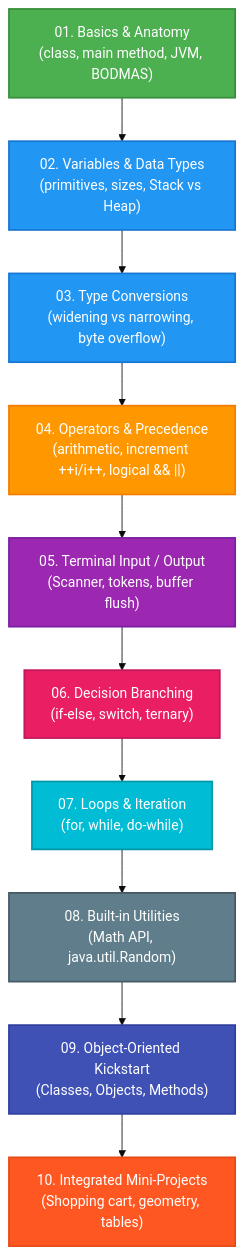
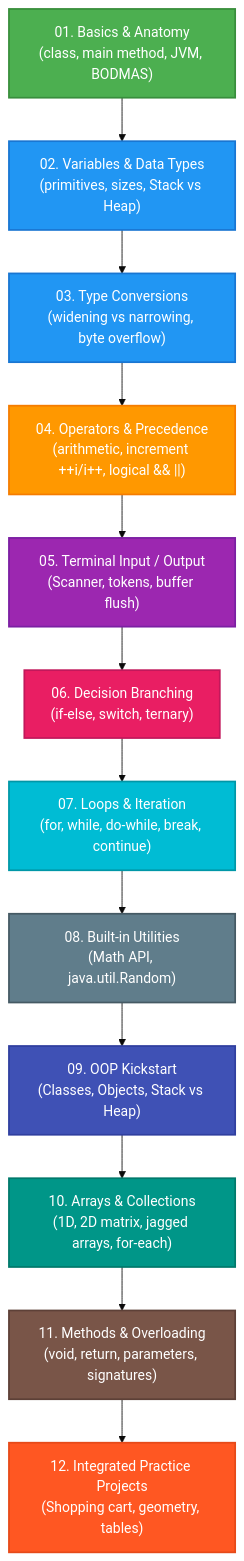
One commit to Mokshagnatej/Java-course changed the second of 4 diagrams in Readme.Md. Above: the diagram before and after it, drawn with Mermaid (base theme). The commit also changed other lines of this file and 15 other files, not shown here.

````diff
--- a/Readme.Md
+++ b/Readme.Md
@@ -74,23 +99,27 @@
 ```mermaid
 flowchart TD
     A["01. Basics & Anatomy\n(class, main method, JVM, BODMAS)"] --> B["02. Variables & Data Types\n(primitives, sizes, Stack vs Heap)"]
     B --> C["03. Type Conversions\n(widening vs narrowing, byte overflow)"]
     C --> D["04. Operators & Precedence\n(arithmetic, increment ++i/i++, logical && ||)"]
     D --> E["05. Terminal Input / Output\n(Scanner, tokens, buffer flush)"]
     E --> F["06. Decision Branching\n(if-else, switch, ternary)"]
-    F --> G["07. Loops & Iteration\n(for, while, do-while)"]
+    F --> G["07. Loops & Iteration\n(for, while, do-while, break, continue)"]
     G --> H["08. Built-in Utilities\n(Math API, java.util.Random)"]
-    H --> I["09. Object-Oriented Kickstart\n(Classes, Objects, Methods)"]
-    I --> J["10. Integrated Mini-Projects\n(Shopping cart, geometry, tables)"]
+    H --> I["09. OOP Kickstart\n(Classes, Objects, Stack vs Heap)"]
+    I --> J["10. Arrays & Collections\n(1D, 2D matrix, jagged arrays, for-each)"]
+    J --> K["11. Methods & Overloading\n(void, return, parameters, signatures)"]
+    K --> L["12. Integrated Practice Projects\n(Shopping cart, geometry, tables)"]
 
     style A fill:#4CAF50,stroke:#388E3C,stroke-width:2px,color:#fff
     style B fill:#2196F3,stroke:#1976D2,stroke-width:2px,color:#fff
     style C fill:#2196F3,stroke:#1976D2,stroke-width:2px,color:#fff
     style D fill:#FF9800,stroke:#F57C00,stroke-width:2px,color:#fff
     style E fill:#9C27B0,stroke:#7B1FA2,stroke-width:2px,color:#fff
     style F fill:#E91E63,stroke:#C2185B,stroke-width:2px,color:#fff
     style G fill:#00BCD4,stroke:#0097A7,stroke-width:2px,color:#fff
     style H fill:#607D8B,stroke:#455A64,stroke-width:2px,color:#fff
     style I fill:#3F51B5,stroke:#303F9F,stroke-width:2px,color:#fff
-    style J fill:#FF5722,stroke:#E64A19,stroke-width:2px,color:#fff
+    style J fill:#009688,stroke:#00796B,stroke-width:2px,color:#fff
+    style K fill:#795548,stroke:#5D4037,stroke-width:2px,color:#fff
+    style L fill:#FF5722,stroke:#E64A19,stroke-width:2px,color:#fff
 ```
````
